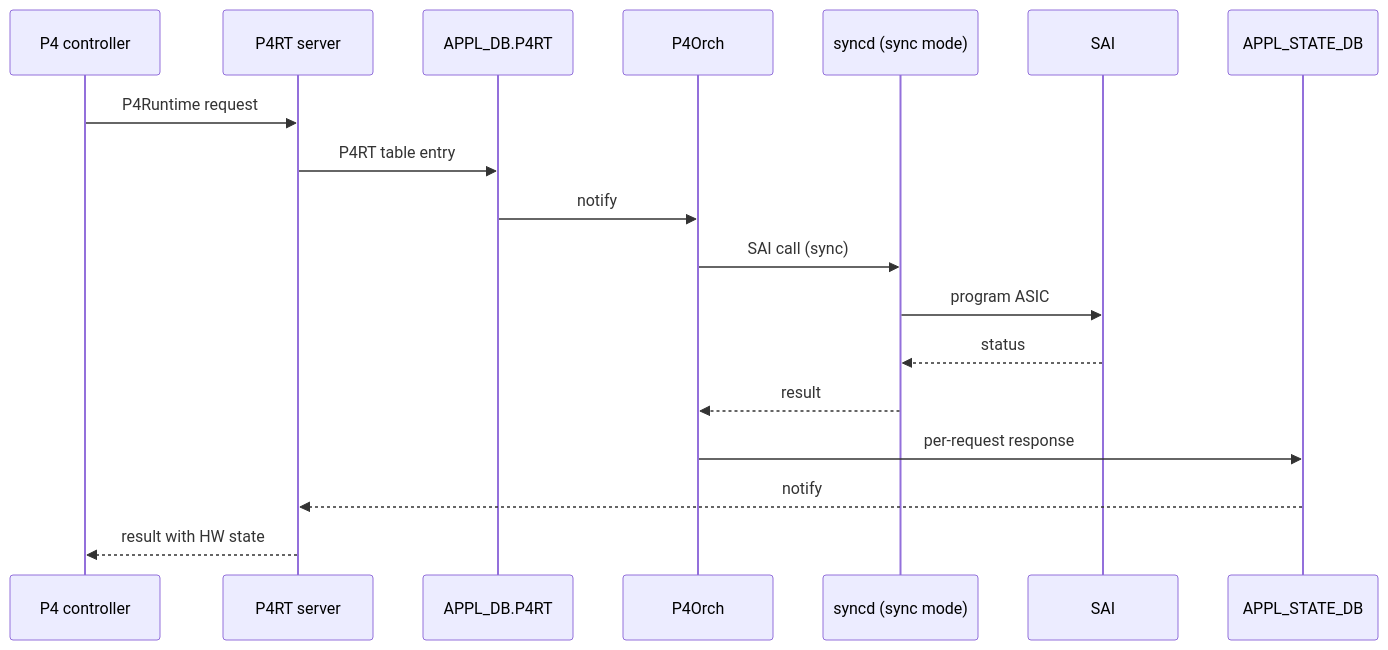
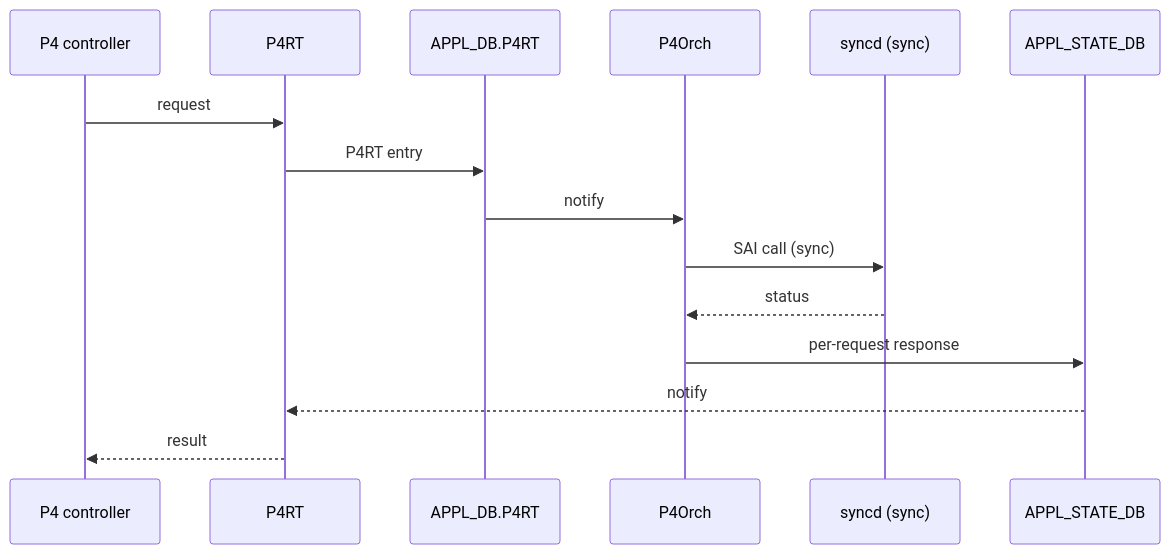
The second of 2 diagrams in docs/internals/p4-orchagent.md (aoki-taquan/sonic-unofficial-docs), drawn with Mermaid before and after one commit. The commit also changed other lines of this file and 10 other files, not shown here.

````diff
--- a/docs/internals/p4-orchagent.md
+++ b/docs/internals/p4-orchagent.md
@@ -174,20 +114,17 @@
 ```mermaid
 sequenceDiagram
     participant Ctrl as P4 controller
-    participant P4RT as P4RT server
+    participant P4RT
     participant ADB as APPL_DB.P4RT
     participant P4O as P4Orch
-    participant SYNCD as syncd (sync mode)
-    participant SAI
+    participant SYNCD as syncd (sync)
     participant SDB as APPL_STATE_DB
-    Ctrl->>P4RT: P4Runtime request
-    P4RT->>ADB: P4RT table entry
+    Ctrl->>P4RT: request
+    P4RT->>ADB: P4RT entry
     ADB->>P4O: notify
     P4O->>SYNCD: SAI call (sync)
-    SYNCD->>SAI: program ASIC
-    SAI-->>SYNCD: status
-    SYNCD-->>P4O: result
+    SYNCD-->>P4O: status
     P4O->>SDB: per-request response
     SDB-->>P4RT: notify
-    P4RT-->>Ctrl: result with HW state
+    P4RT-->>Ctrl: result
 ```
````
